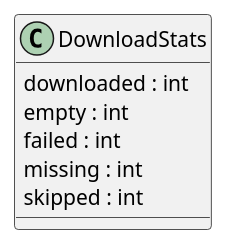
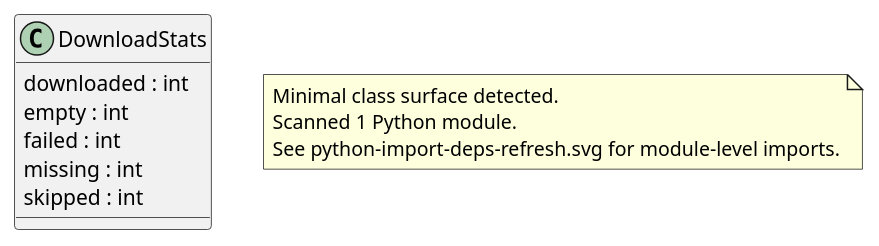
Before and after one commit to casonk/zillow-public-data: the diagram in docs/diagrams/python-classes.puml, drawn with PlantUML. The commit also changed 2 other files, not shown here.

Commit message:
docs: refresh python sidecar diagrams

```diff
--- a/docs/diagrams/python-classes.puml
+++ b/docs/diagrams/python-classes.puml
@@ -1,10 +1,15 @@
 @startuml classes_zillow-public-data
 set namespaceSeparator none
 class "DownloadStats" as refresh.DownloadStats {
   downloaded : int
   empty : int
   failed : int
   missing : int
   skipped : int
 }
+note as archilityPythonSurfaceNote
+Minimal class surface detected.
+Scanned 1 Python module.
+See python-import-deps-refresh.svg for module-level imports.
+end note
 @enduml
```
